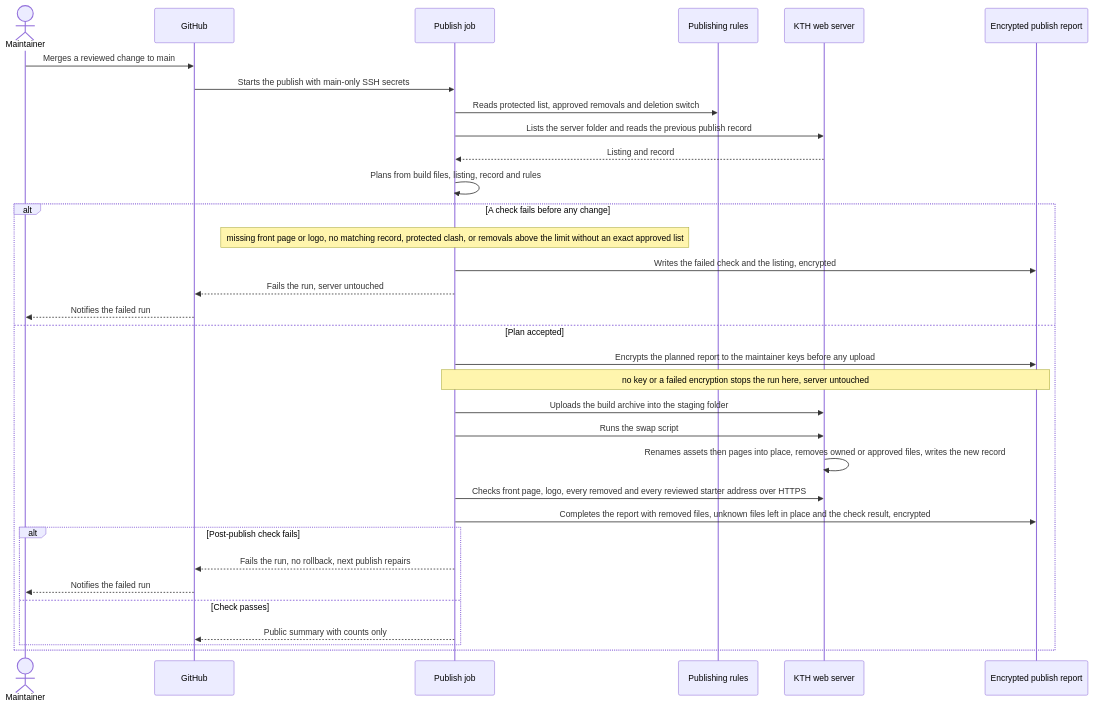
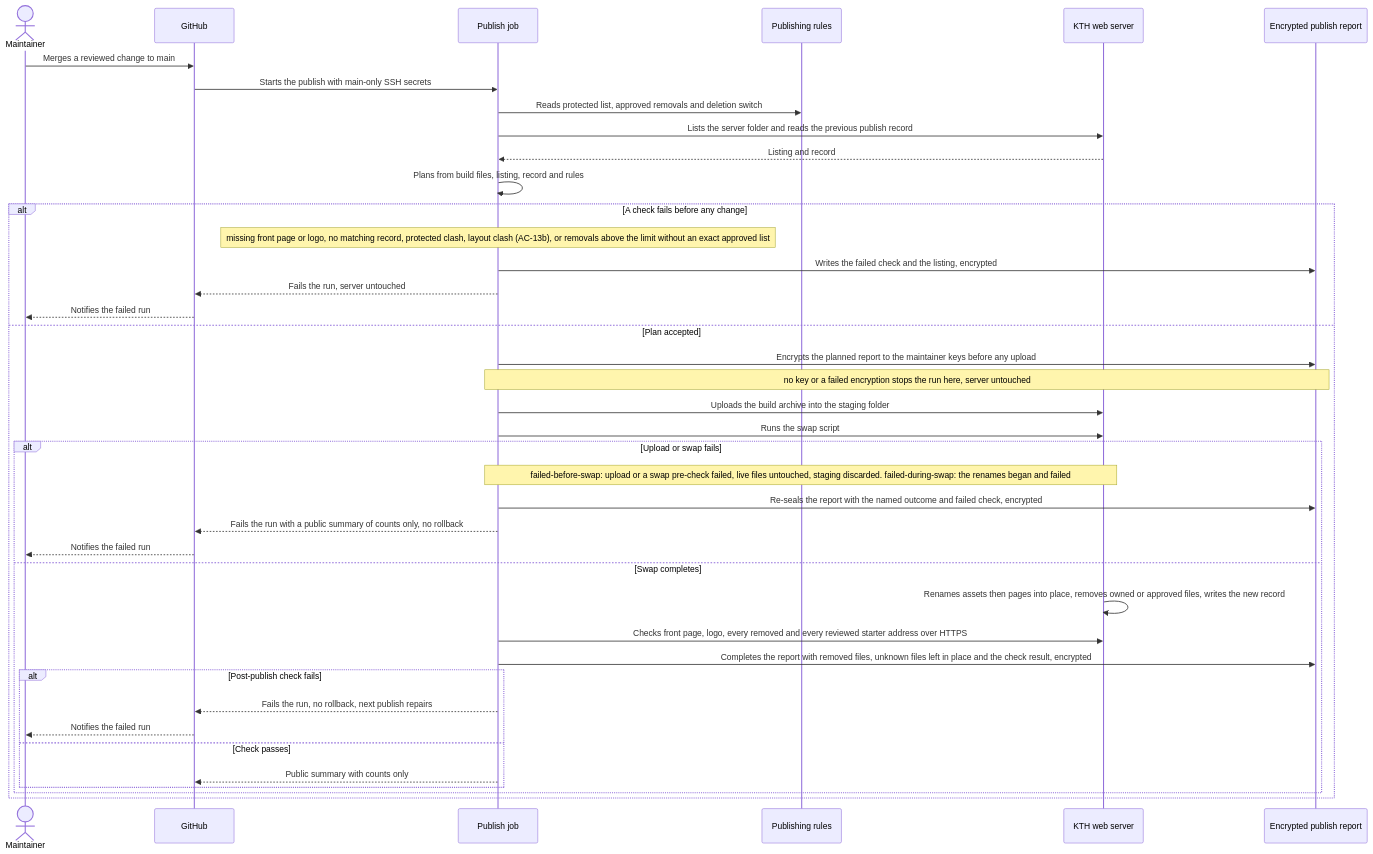
The third of 10 diagrams in docs/features/clean-starter/sad.md (KTH-UrbanT/odenlabs-website), drawn with Mermaid before and after one commit. The commit also changed other lines of this file and 7 other files, not shown here.

````diff
--- a/docs/features/clean-starter/sad.md
+++ b/docs/features/clean-starter/sad.md
@@ -336,35 +337,42 @@
 ```mermaid
 sequenceDiagram
     actor M as Maintainer
     participant GH as GitHub
     participant PJ as Publish job
     participant R as Publishing rules
     participant S as KTH web server
     participant RP as Encrypted publish report
     M->>GH: Merges a reviewed change to main
     GH->>PJ: Starts the publish with main-only SSH secrets
     PJ->>R: Reads protected list, approved removals and deletion switch
     PJ->>S: Lists the server folder and reads the previous publish record
     S-->>PJ: Listing and record
     PJ->>PJ: Plans from build files, listing, record and rules
     alt A check fails before any change
-        Note over PJ: missing front page or logo, no matching record, protected clash, or removals above the limit without an exact approved list
+        Note over PJ: missing front page or logo, no matching record, protected clash, layout clash (AC-13b), or removals above the limit without an exact approved list
         PJ->>RP: Writes the failed check and the listing, encrypted
         PJ-->>GH: Fails the run, server untouched
         GH-->>M: Notifies the failed run
     else Plan accepted
         PJ->>RP: Encrypts the planned report to the maintainer keys before any upload
         Note over PJ,RP: no key or a failed encryption stops the run here, server untouched
         PJ->>S: Uploads the build archive into the staging folder
         PJ->>S: Runs the swap script
-        S->>S: Renames assets then pages into place, removes owned or approved files, writes the new record
-        PJ->>S: Checks front page, logo, every removed and every reviewed starter address over HTTPS
-        PJ->>RP: Completes the report with removed files, unknown files left in place and the check result, encrypted
-        alt Post-publish check fails
-            PJ-->>GH: Fails the run, no rollback, next publish repairs
+        alt Upload or swap fails
+            Note over PJ,S: failed-before-swap: upload or a swap pre-check failed, live files untouched, staging discarded. failed-during-swap: the renames began and failed
+            PJ->>RP: Re-seals the report with the named outcome and failed check, encrypted
+            PJ-->>GH: Fails the run with a public summary of counts only, no rollback
             GH-->>M: Notifies the failed run
-        else Check passes
-            PJ-->>GH: Public summary with counts only
+        else Swap completes
+            S->>S: Renames assets then pages into place, removes owned or approved files, writes the new record
+            PJ->>S: Checks front page, logo, every removed and every reviewed starter address over HTTPS
+            PJ->>RP: Completes the report with removed files, unknown files left in place and the check result, encrypted
+            alt Post-publish check fails
+                PJ-->>GH: Fails the run, no rollback, next publish repairs
+                GH-->>M: Notifies the failed run
+            else Check passes
+                PJ-->>GH: Public summary with counts only
+            end
         end
     end
 ```
````
